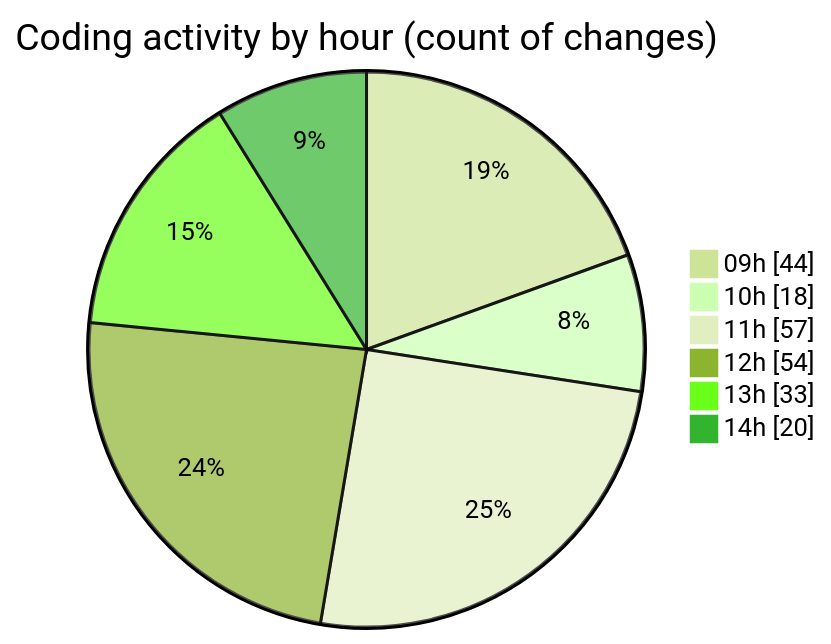
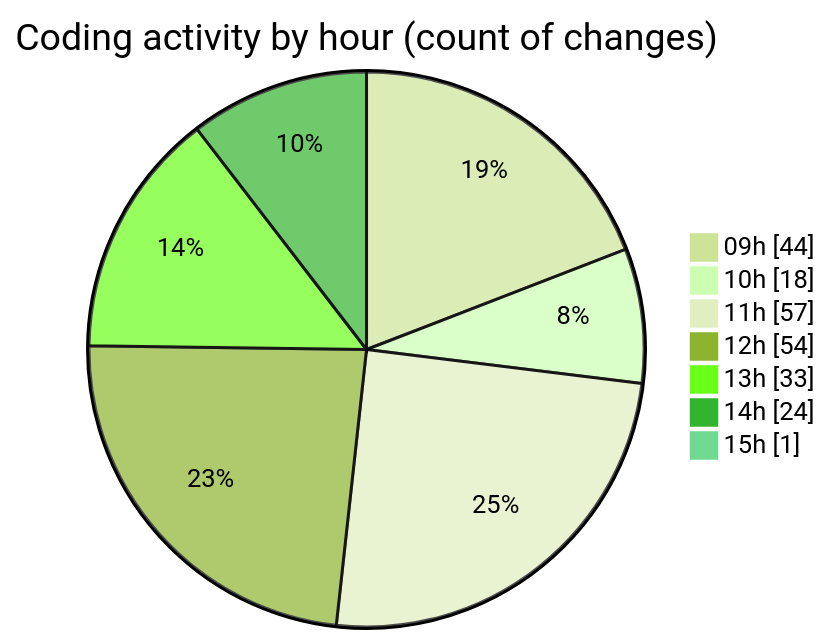
One commit to momahboobian/code-tracking changed the second of 2 diagrams in 2026-08-07/cda/README.md. Above: the diagram before and after it, drawn with Mermaid (forest theme). The commit also changed other lines of this file and 1 other file, not shown here.

````diff
--- a/2026-08-07/cda/README.md
+++ b/2026-08-07/cda/README.md
@@ -47,10 +48,11 @@
 ```mermaid
 pie showData
 title Coding activity by hour (count of changes)
 "09h" : 44
 "10h" : 18
 "11h" : 57
 "12h" : 54
 "13h" : 33
-"14h" : 20
+"14h" : 24
+"15h" : 1
 ```
````
